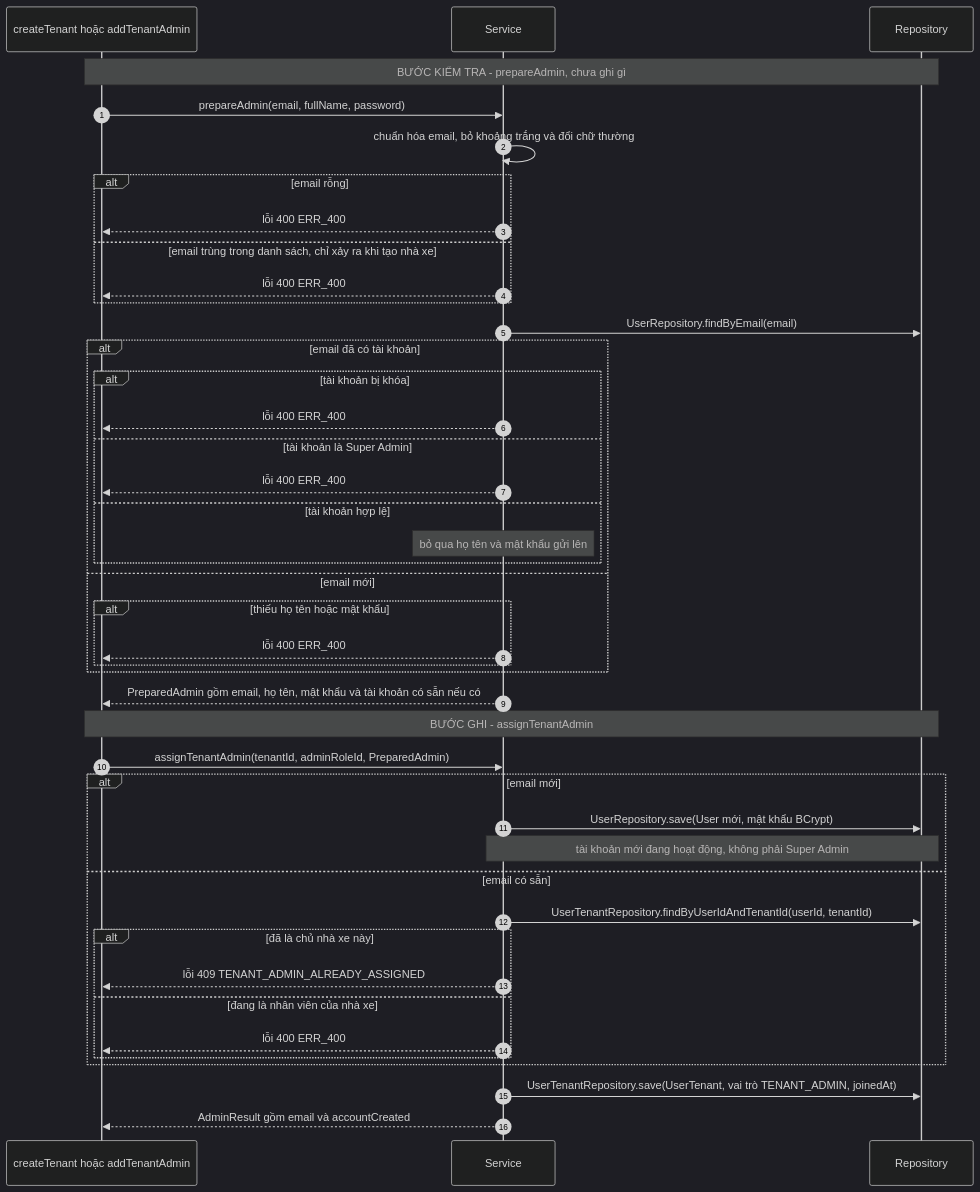
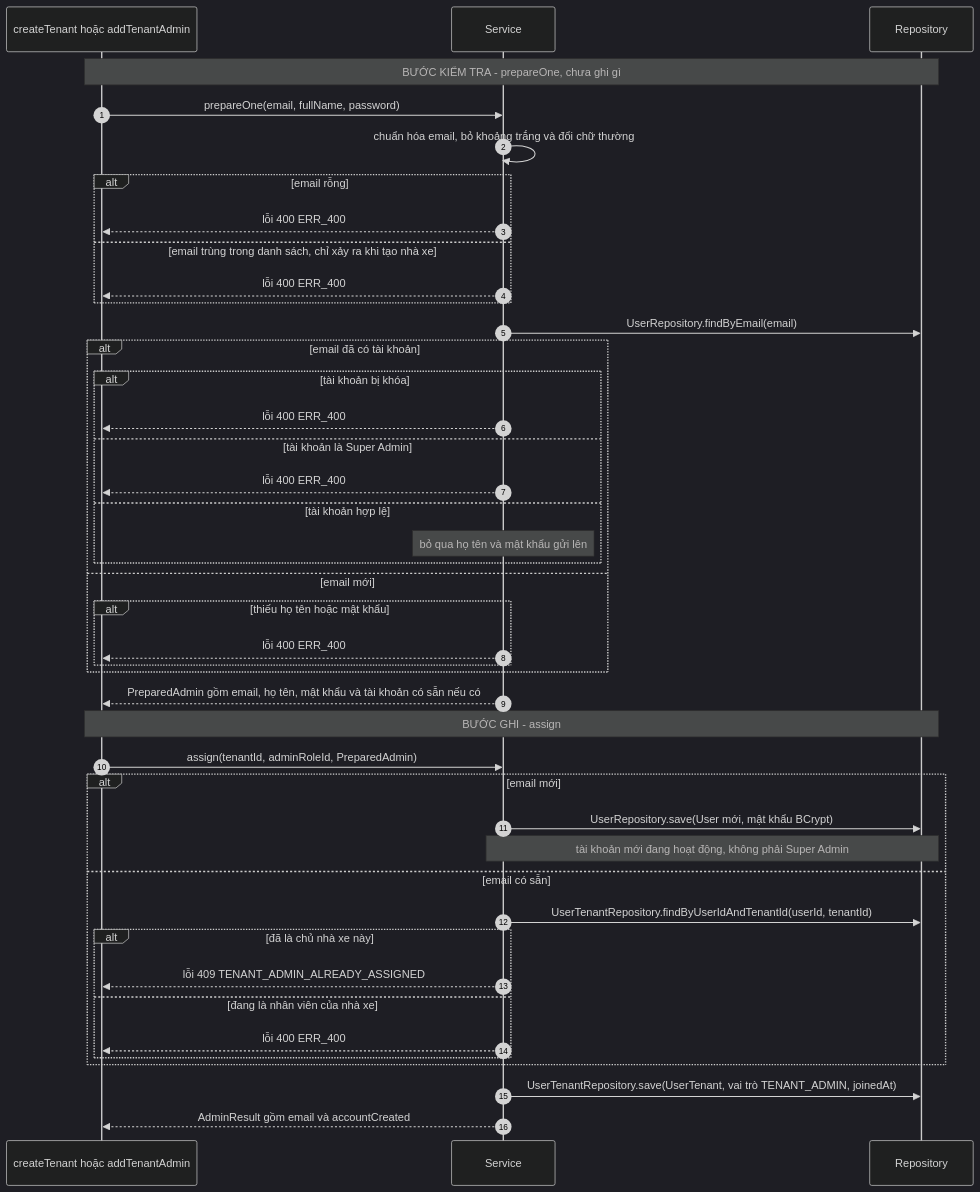
Before and after one commit to foodboi88/car-rental-saas: the second of 11 diagrams in docs/plans/tenant/2026-10-19-tenant-api-spec.md, drawn with Mermaid (dark theme). The commit also changed other lines of this file and 4 other files, not shown here.

First line of the commit message:
feature/huynq7-frontend: cập nhật tài liệu cho module nhà xe và API tra cứu email

````diff
--- a/docs/plans/tenant/2026-10-19-tenant-api-spec.md
+++ b/docs/plans/tenant/2026-10-19-tenant-api-spec.md
@@ -93,45 +95,45 @@
 ```mermaid
 sequenceDiagram
   autonumber
   participant G as createTenant hoặc addTenantAdmin
   participant S as Service
   participant R as Repository
-  Note over G,R: BƯỚC KIỂM TRA - prepareAdmin, chưa ghi gì
-  G->>S: prepareAdmin(email, fullName, password)
+  Note over G,R: BƯỚC KIỂM TRA - prepareOne, chưa ghi gì
+  G->>S: prepareOne(email, fullName, password)
   S->>S: chuẩn hóa email, bỏ khoảng trắng và đổi chữ thường
   alt email rỗng
     S-->>G: lỗi 400 ERR_400
   else email trùng trong danh sách, chỉ xảy ra khi tạo nhà xe
     S-->>G: lỗi 400 ERR_400
   end
   S->>R: UserRepository.findByEmail(email)
   alt email đã có tài khoản
     alt tài khoản bị khóa
       S-->>G: lỗi 400 ERR_400
     else tài khoản là Super Admin
       S-->>G: lỗi 400 ERR_400
     else tài khoản hợp lệ
       Note over S: bỏ qua họ tên và mật khẩu gửi lên
     end
   else email mới
     alt thiếu họ tên hoặc mật khẩu
       S-->>G: lỗi 400 ERR_400
     end
   end
   S-->>G: PreparedAdmin gồm email, họ tên, mật khẩu và tài khoản có sẵn nếu có
-  Note over G,R: BƯỚC GHI - assignTenantAdmin
-  G->>S: assignTenantAdmin(tenantId, adminRoleId, PreparedAdmin)
+  Note over G,R: BƯỚC GHI - assign
+  G->>S: assign(tenantId, adminRoleId, PreparedAdmin)
   alt email mới
     S->>R: UserRepository.save(User mới, mật khẩu BCrypt)
     Note over S,R: tài khoản mới đang hoạt động, không phải Super Admin
   else email có sẵn
     S->>R: UserTenantRepository.findByUserIdAndTenantId(userId, tenantId)
     alt đã là chủ nhà xe này
       S-->>G: lỗi 409 TENANT_ADMIN_ALREADY_ASSIGNED
     else đang là nhân viên của nhà xe
       S-->>G: lỗi 400 ERR_400
     end
   end
   S->>R: UserTenantRepository.save(UserTenant, vai trò TENANT_ADMIN, joinedAt)
   S-->>G: AdminResult gồm email và accountCreated
 ```
````
